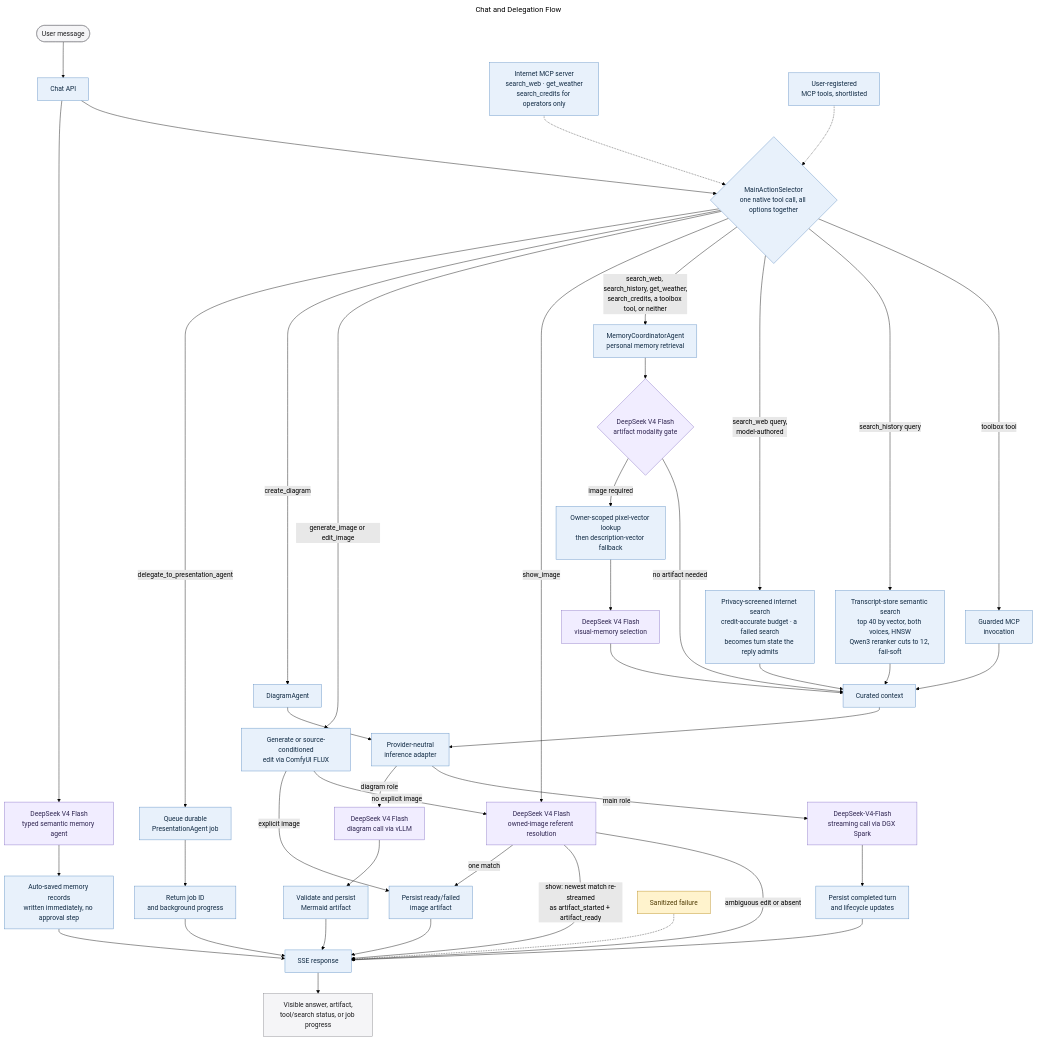
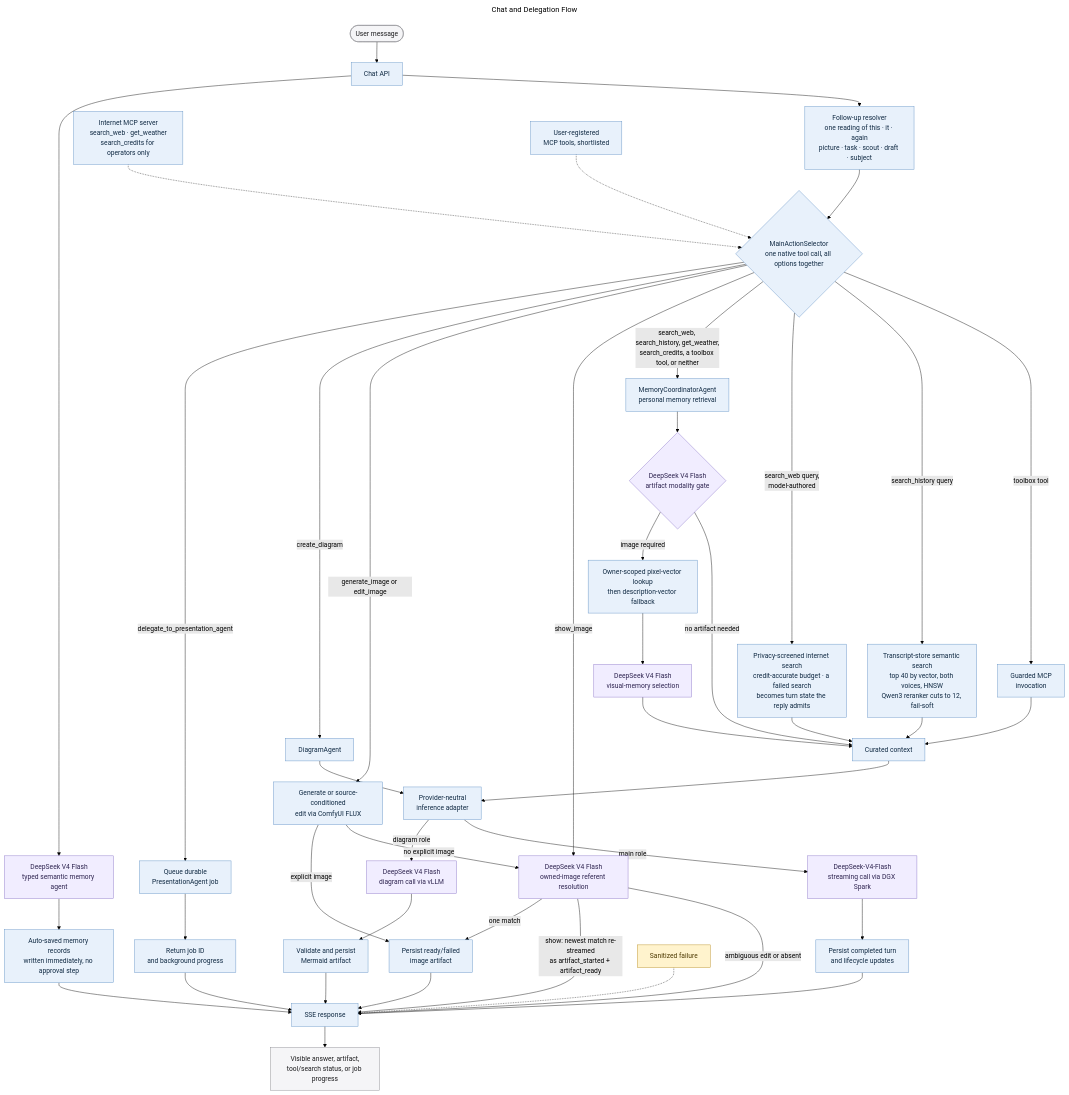
One commit to MallyaAni/PersonalAssistant changed the diagram in docs/diagrams/chat-orchestration.mmd. Above: the diagram before and after it, drawn with Mermaid (forest theme). The commit also changed 11 other files, not shown here.

```diff
--- a/docs/diagrams/chat-orchestration.mmd
+++ b/docs/diagrams/chat-orchestration.mmd
@@ -1,61 +1,62 @@
 ---
 title: Chat and Delegation Flow
 ---
 flowchart TB
     User([User message]) --> API[Chat API]
     API --> Interest[DeepSeek V4 Flash<br/>typed semantic memory agent]
     Interest --> Proposal[Auto-saved memory records<br/>written immediately, no approval step]
-    API --> Selector{MainActionSelector<br/>one native tool call, all options together}
+    API --> FollowUp[Follow-up resolver<br/>one reading of this · it · again<br/>picture · task · scout · draft · subject]
+    FollowUp --> Selector{MainActionSelector<br/>one native tool call, all options together}
     Search_Tool[Internet MCP server<br/>search_web · get_weather<br/>search_credits for operators only] -.-> Selector
     Toolbox[User-registered<br/>MCP tools, shortlisted] -.-> Selector
 
     Selector -->|delegate_to_presentation_agent| Presentation[Queue durable<br/>PresentationAgent job]
     Presentation --> Progress[Return job ID<br/>and background progress]
 
     Selector -->|create_diagram| Diagram[DiagramAgent]
     Diagram --> Inference[Provider-neutral<br/>inference adapter]
     Inference -->|diagram role| DiagramModel[DeepSeek V4 Flash<br/>diagram call via vLLM]
     DiagramModel --> Artifact[Validate and persist<br/>Mermaid artifact]
 
     Selector -->|generate_image or edit_image| ImageAction[Generate or source-conditioned<br/>edit via ComfyUI FLUX]
     Selector -->|show_image| Referent
     ImageAction -->|explicit image| ImageArtifact[Persist ready/failed<br/>image artifact]
     ImageAction -->|no explicit image| Referent[DeepSeek V4 Flash<br/>owned-image referent resolution]
     Referent -->|one match| ImageArtifact
     Referent -->|show: newest match re-streamed<br/>as artifact_started + artifact_ready| Stream
     Referent -->|ambiguous edit or absent| Stream
 
     Selector -->|search_web, search_history, get_weather,<br/>search_credits, a toolbox tool, or neither| Memory[MemoryCoordinatorAgent<br/>personal memory retrieval]
     Memory --> ArtifactGate{DeepSeek V4 Flash<br/>artifact modality gate}
     ArtifactGate -->|image required| Visual[Owner-scoped pixel-vector lookup<br/>then description-vector fallback]
     ArtifactGate -->|no artifact needed| Context[Curated context]
     Visual --> VisualPolicy[DeepSeek V4 Flash<br/>visual-memory selection]
     VisualPolicy --> Context
     Selector -->|search_web query,<br/>model-authored| Search[Privacy-screened internet search<br/>credit-accurate budget · a failed search<br/>becomes turn state the reply admits]
     Selector -->|search_history query| History[Transcript-store semantic search<br/>top 40 by vector, both voices, HNSW<br/>Qwen3 reranker cuts to 12, fail-soft]
     Selector -->|toolbox tool| MCP[Guarded MCP<br/>invocation]
     MCP --> Context
     Search --> Context
     History --> Context
 
     Context --> Inference
     Inference -->|main role| Main[DeepSeek-V4-Flash<br/>streaming call via DGX Spark]
     Main --> Persist[Persist completed turn<br/>and lifecycle updates]
     Persist --> Stream[SSE response]
     Proposal --> Stream
 
     Artifact --> Stream
     ImageArtifact --> Stream
     Progress --> Stream
     Stream --> UI[Visible answer, artifact,<br/>tool/search status, or job progress]
 
     Failure[Sanitized failure] -.-> Stream
 
     classDef interface fill:#f5f5f7,stroke:#86868b,color:#1d1d1f;
     classDef application fill:#e8f1fb,stroke:#5e8fc4,color:#102a43;
     classDef model fill:#f1edff,stroke:#8872c6,color:#2e2450;
     classDef failure fill:#fff3cd,stroke:#b78b20,color:#4d3900;
     class User,UI interface;
-    class API,Selector,Search_Tool,Toolbox,Presentation,Progress,Diagram,Artifact,ImageAction,ImageArtifact,Memory,Visual,MCP,Search,History,Context,Inference,Persist,Stream,Proposal application;
+    class API,Selector,Search_Tool,Toolbox,Presentation,Progress,Diagram,Artifact,ImageAction,ImageArtifact,Memory,Visual,MCP,Search,History,Context,Inference,Persist,Stream,Proposal,FollowUp application;
     class Main,DiagramModel,Interest,ArtifactGate,VisualPolicy,Referent model;
     class Failure failure;
```
